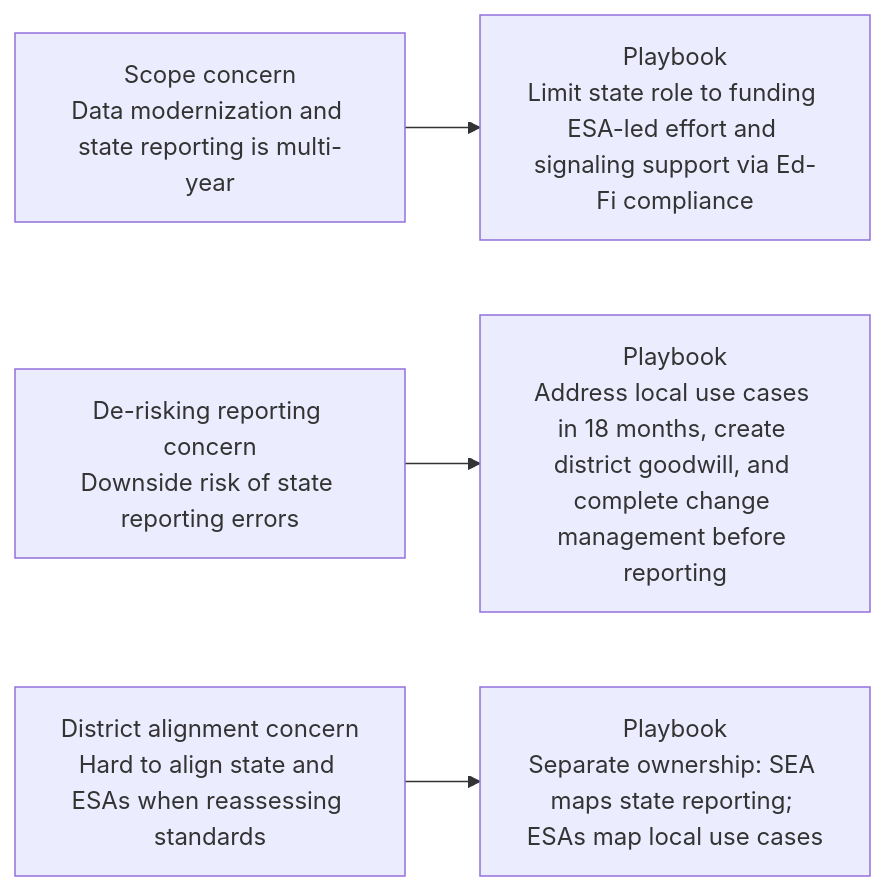
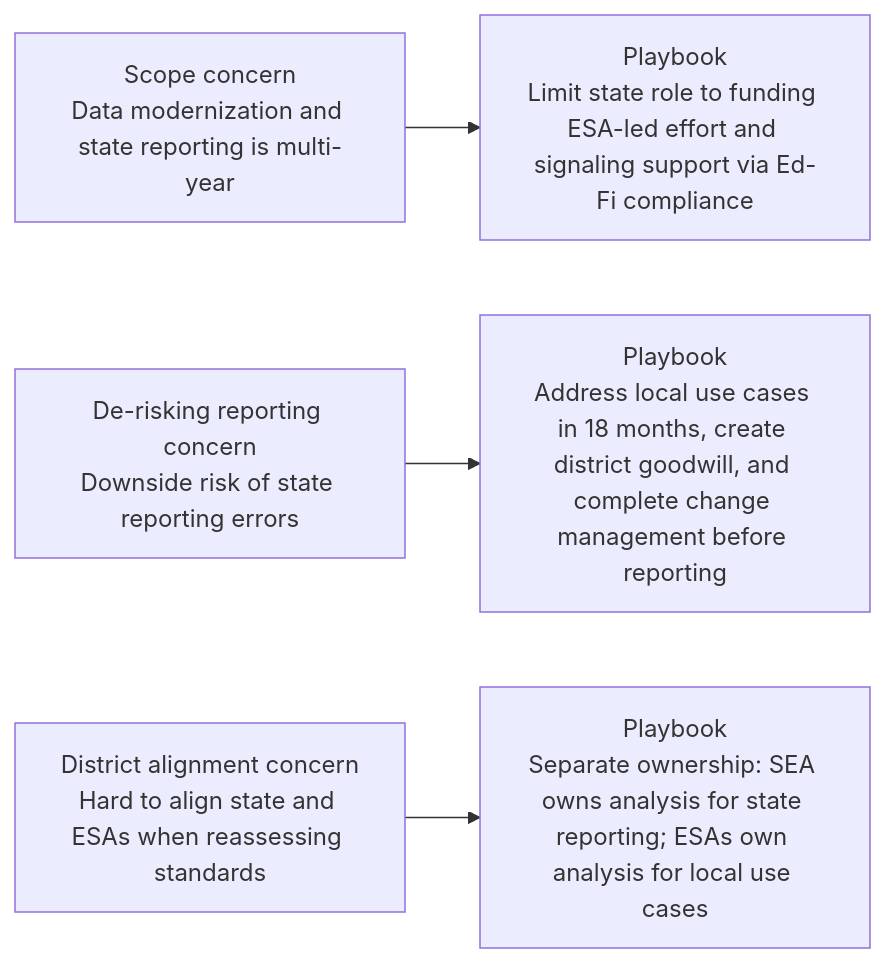
One commit to Ed-Fi-Alliance-OSS/ed-fi-alliance-oss.github.io changed the third of 10 diagrams in docs/getting-started/sea-playbook/ed-fi-overview-and-implementation-playbook.md. Above: the diagram before and after it, drawn with Mermaid. The commit also changed other lines of this file, not shown here.

Commit message:
Update Ed-Fi Overview and Implementation Playbook with latest information and case studies

````diff
--- a/docs/getting-started/sea-playbook/ed-fi-overview-and-implementation-playbook.md
+++ b/docs/getting-started/sea-playbook/ed-fi-overview-and-implementation-playbook.md
@@ -155,6 +245,6 @@
 ```mermaid
 flowchart LR
   S1["Scope concern<br/>Data modernization and state reporting is multi-year"] --> P1["Playbook<br/>Limit state role to funding ESA-led effort and signaling support via Ed-Fi compliance"]
   S2["De-risking reporting concern<br/>Downside risk of state reporting errors"] --> P2["Playbook<br/>Address local use cases in 18 months, create district goodwill, and complete change management before reporting"]
-  S3["District alignment concern<br/>Hard to align state and ESAs when reassessing standards"] --> P3["Playbook<br/>Separate ownership: SEA maps state reporting; ESAs map local use cases"]
+  S3["District alignment concern<br/>Hard to align state and ESAs when reassessing standards"] --> P3["Playbook<br/>Separate ownership: SEA owns analysis for state reporting; ESAs own analysis for local use cases"]
 ```
````
